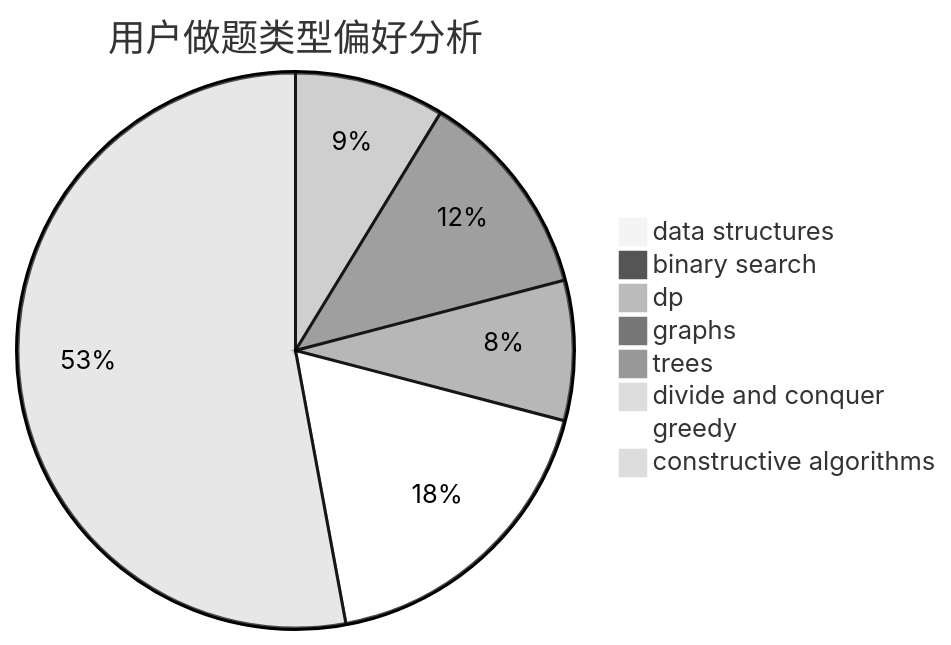
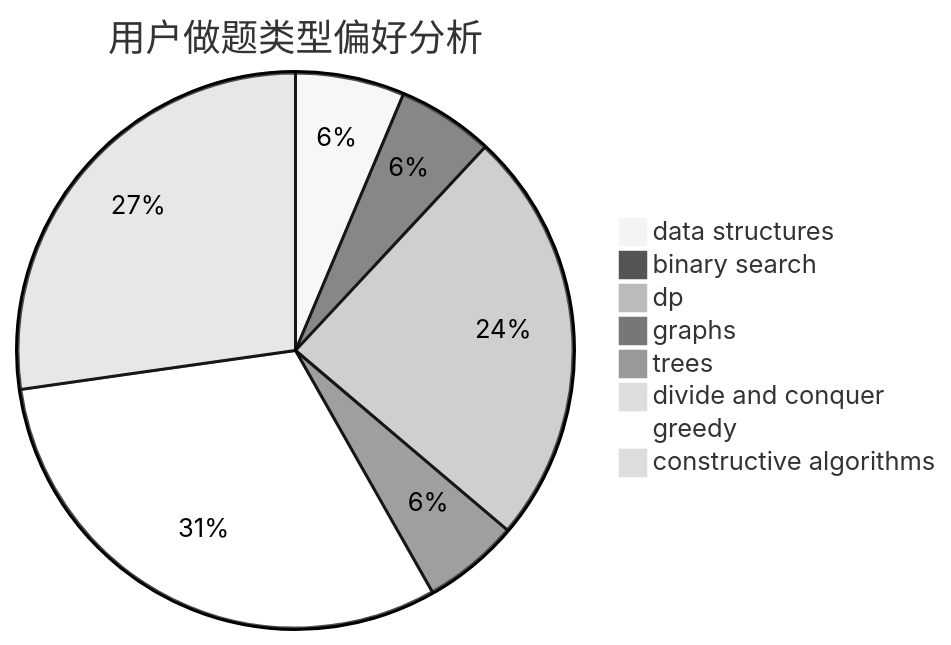
Before and after one commit to sherpahu/cfrs.github.io: the second of 3 diagrams in docs/user/u1503.md, drawn with Mermaid (neutral theme). The commit also changed other lines of this file and 2770 other files, not shown here.

````diff
--- a/docs/user/u1503.md
+++ b/docs/user/u1503.md
@@ -23,11 +23,11 @@
 ```mermaid
 pie title 用户做题类型偏好分析
-    "data structures" :  0
-    "binary search" :  0
-    "dp" :  15
-    "graphs" :  21
-    "trees" :  14
+    "data structures" :  17
+    "binary search" :  15
+    "dp" :  65
+    "graphs" :  15
+    "trees" :  0
     "divide and conquer" :  0
-    "greedy" :  31
-    "constructive algorithms" :  91
+    "greedy" :  83
+    "constructive algorithms" :  73
 ```
````
